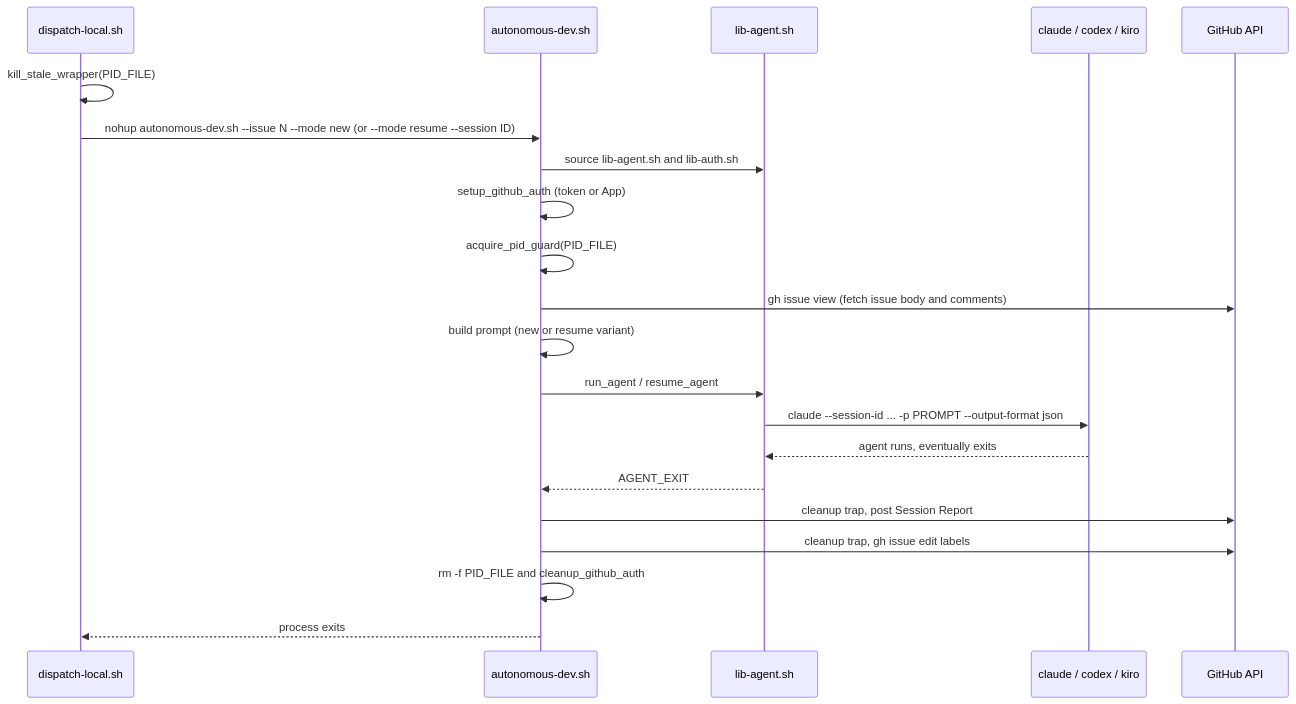
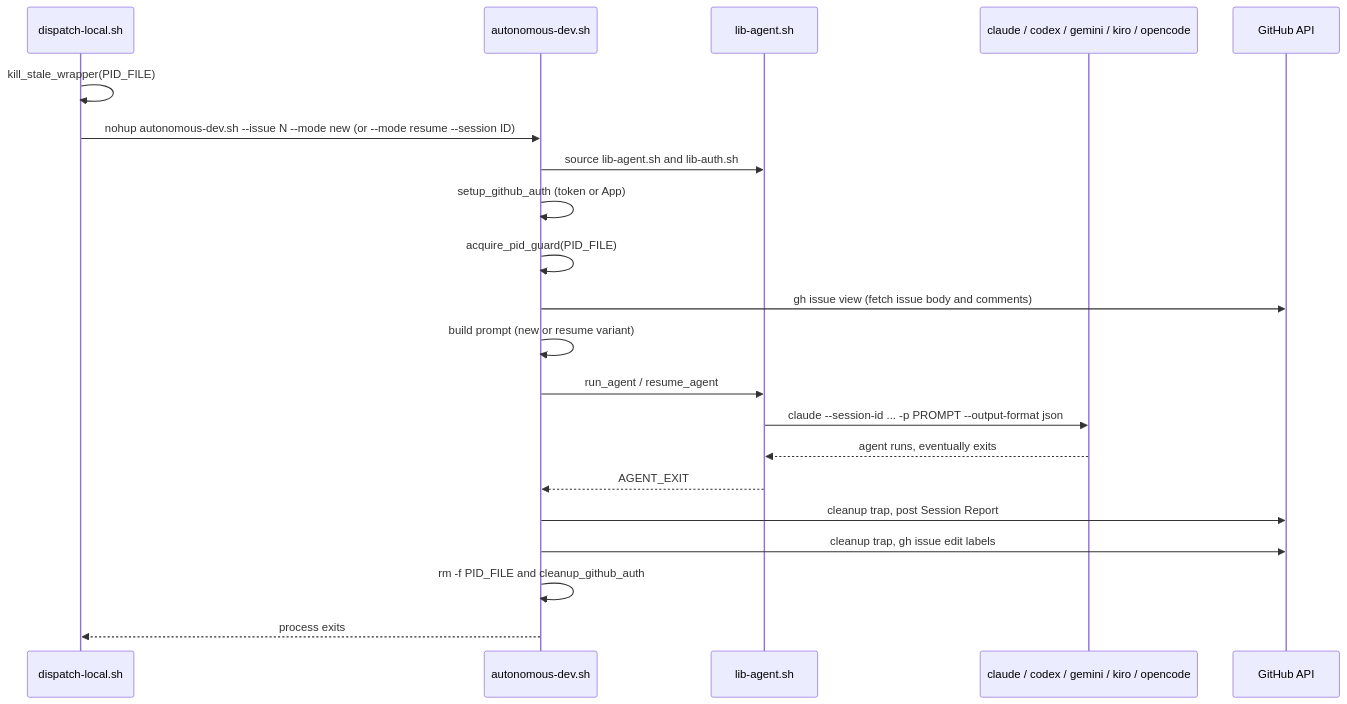
Before and after one commit to zxkane/autonomous-dev-team: the first of 2 diagrams in docs/pipeline/dev-agent-flow.md, drawn with Mermaid. The commit also changed other lines of this file and 3 other files, not shown here.

First line of the commit message:
docs(pipeline): update INV-13 + agent-flow + Supported Agents matrix for gemini (#134)

````diff
--- a/docs/pipeline/dev-agent-flow.md
+++ b/docs/pipeline/dev-agent-flow.md
@@ -9,24 +9,24 @@
 ```mermaid
 sequenceDiagram
     participant D as dispatch-local.sh
     participant W as autonomous-dev.sh
     participant L as lib-agent.sh
-    participant A as claude / codex / kiro
+    participant A as claude / codex / gemini / kiro / opencode
     participant GH as GitHub API
 
     D->>D: kill_stale_wrapper(PID_FILE)
     D->>W: nohup autonomous-dev.sh --issue N --mode new (or --mode resume --session ID)
     W->>L: source lib-agent.sh and lib-auth.sh
     W->>W: setup_github_auth (token or App)
     W->>W: acquire_pid_guard(PID_FILE)
     W->>GH: gh issue view (fetch issue body and comments)
     W->>W: build prompt (new or resume variant)
     W->>L: run_agent / resume_agent
     L->>A: claude --session-id ... -p PROMPT --output-format json
     A-->>L: agent runs, eventually exits
     L-->>W: AGENT_EXIT
     W->>GH: cleanup trap, post Session Report
     W->>GH: cleanup trap, gh issue edit labels
     W->>W: rm -f PID_FILE and cleanup_github_auth
     W-->>D: process exits
 ```
````
